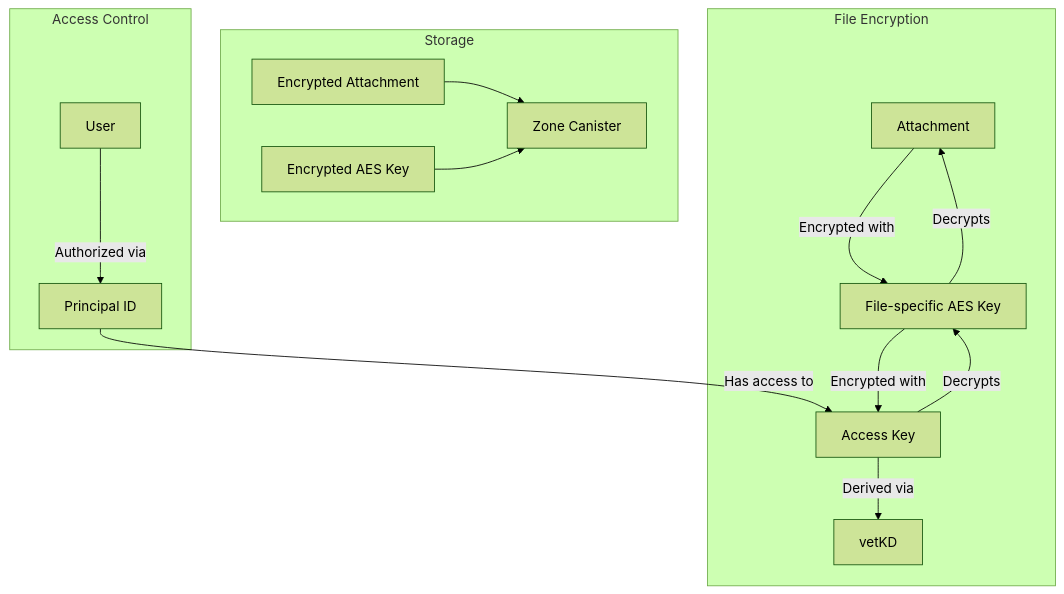
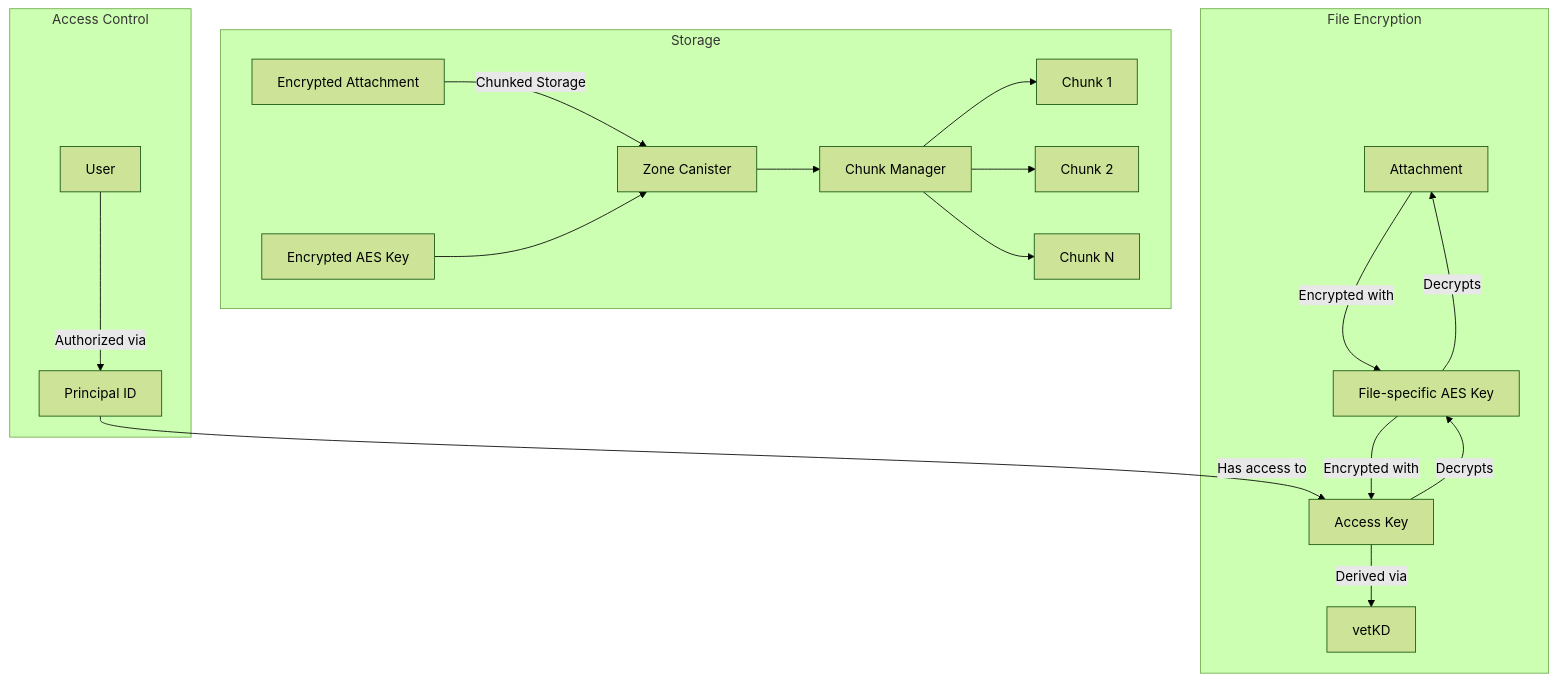
Before and after one commit to diodechain/zone_availability_canister: the fourth of 12 diagrams in docs/dfinity_milestones2.md, drawn with Mermaid (forest theme). The commit also changed other lines of this file, not shown here.

````diff
--- a/docs/dfinity_milestones2.md
+++ b/docs/dfinity_milestones2.md
@@ -171,20 +175,24 @@
 ```mermaid
 graph TD
     subgraph "File Encryption"
         File[Attachment] --> |Encrypted with| FileKey[File-specific AES Key]
         FileKey --> |Encrypted with| AccessKey[Access Key]
         AccessKey --> |Derived via| VetKD[vetKD]
     end
     
     subgraph "Storage"
-        EncryptedFile[Encrypted Attachment] --> ZoneCanister[Zone Canister]
+        EncryptedFile[Encrypted Attachment] --> |Chunked Storage| ZoneCanister[Zone Canister]
         EncryptedFileKey[Encrypted AES Key] --> ZoneCanister
+        ZoneCanister --> ChunkManager[Chunk Manager]
+        ChunkManager --> Chunk1[Chunk 1]
+        ChunkManager --> Chunk2[Chunk 2]
+        ChunkManager --> ChunkN[Chunk N]
     end
     
     subgraph "Access Control"
         User[User] --> |Authorized via| Principal[Principal ID]
         Principal --> |Has access to| AccessKey
         AccessKey --> |Decrypts| FileKey
         FileKey --> |Decrypts| File
     end
 ```
````
